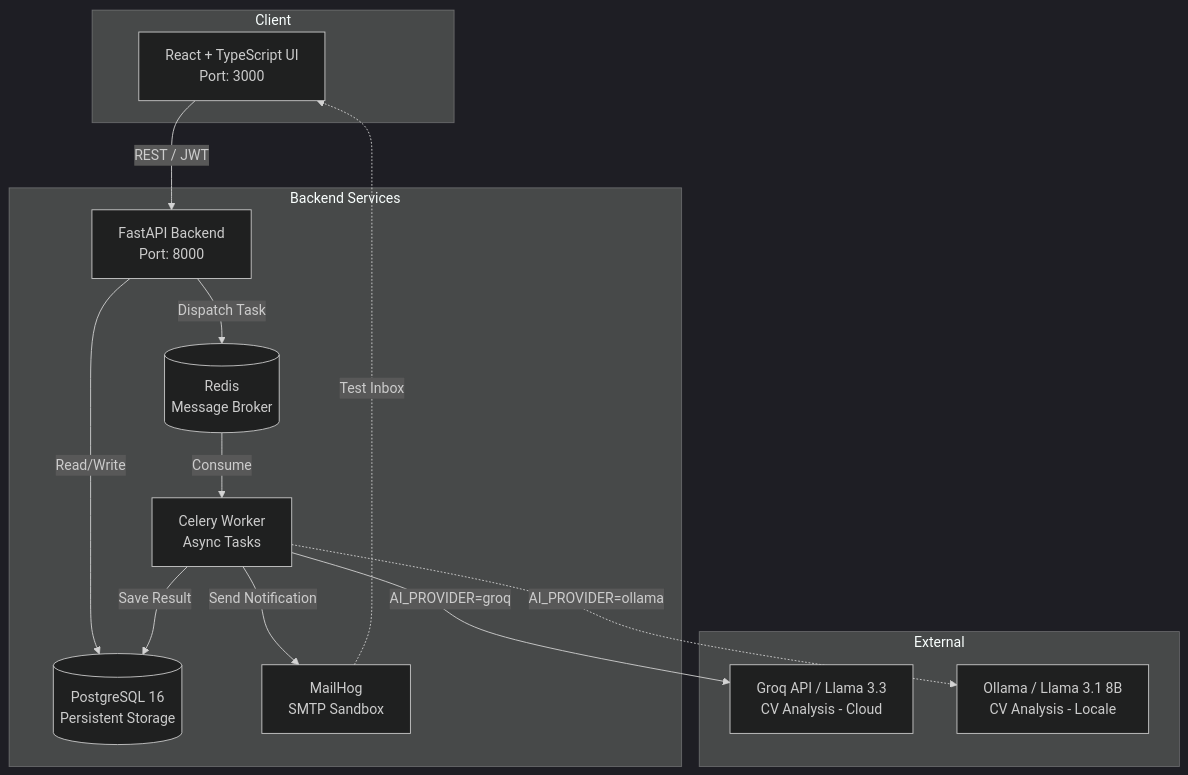
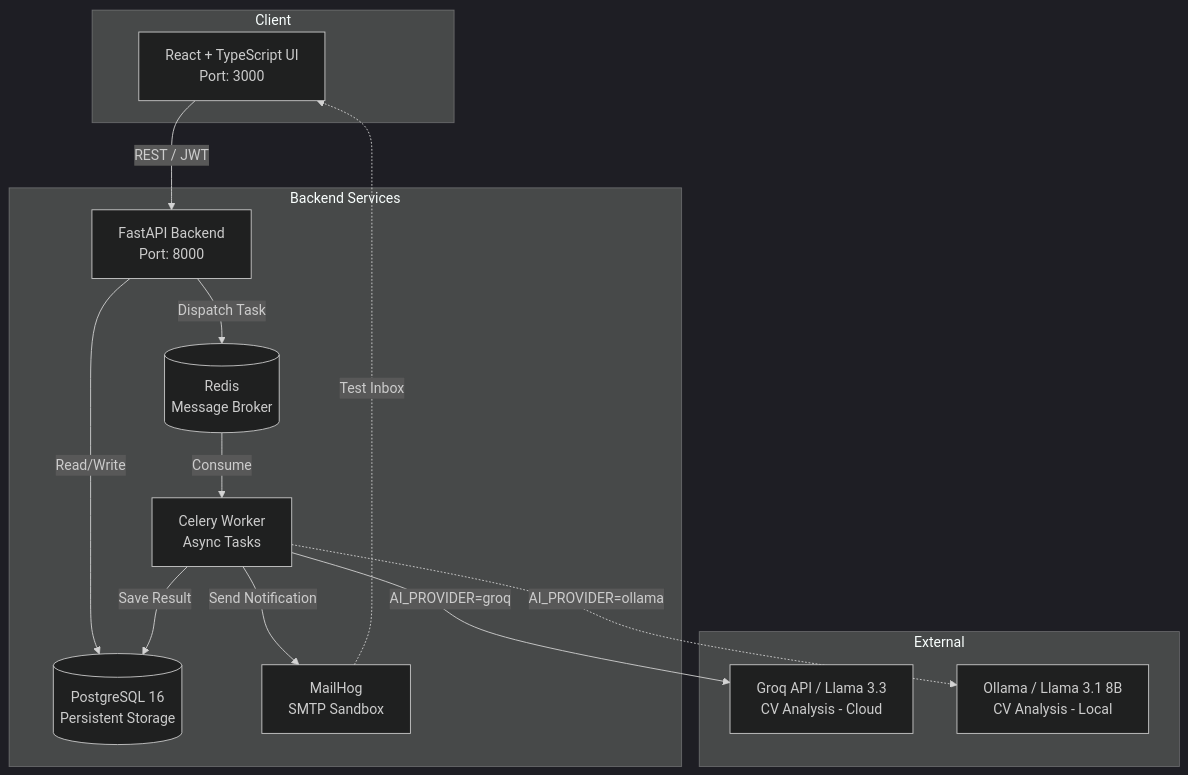
Before and after one commit to fabio-cerundolo/humflow-demo: the diagram in README.md, drawn with Mermaid (dark theme). The commit also changed other lines of this file, not shown here.

````diff
--- a/README.md
+++ b/README.md
@@ -11,29 +11,29 @@
 ```mermaid
 graph TD
     subgraph Client
         UI[React + TypeScript UI<br/>Port: 3000]
     end
 
     subgraph Backend Services
         API[FastAPI Backend<br/>Port: 8000]
         Worker[Celery Worker<br/>Async Tasks]
         Broker[(Redis<br/>Message Broker)]
         DB[(PostgreSQL 16<br/>Persistent Storage)]
         Mail[MailHog<br/>SMTP Sandbox]
     end
 
     subgraph External
         AI[Groq API / Llama 3.3<br/>CV Analysis - Cloud]
-        Local[Ollama / Llama 3.1 8B<br/>CV Analysis - Locale]
+        Local[Ollama / Llama 3.1 8B<br/>CV Analysis - Local]
     end
 
     UI -->|REST / JWT| API
     API -->|Read/Write| DB
     API -->|Dispatch Task| Broker
     Broker -->|Consume| Worker
     Worker -->|AI_PROVIDER=groq| AI
     Worker -.->|AI_PROVIDER=ollama| Local
     Worker -->|Save Result| DB
     Worker -->|Send Notification| Mail
     Mail -.->|Test Inbox| UI
 ```
````
